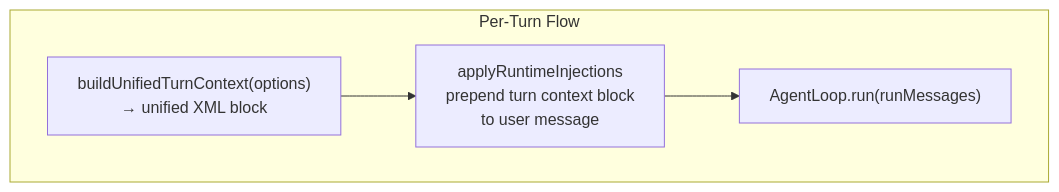
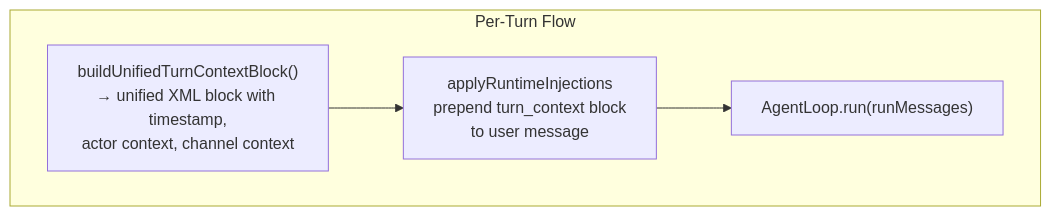
The seventh of 8 diagrams in assistant/docs/architecture/memory.md (vellum-ai/vellum-assistant), drawn with Mermaid before and after one commit. The commit also changed other lines of this file and 1 other file, not shown here.

Commit message:
docs: update architecture docs for unified turn_context and persistent workspace

````diff
--- a/assistant/docs/architecture/memory.md
+++ b/assistant/docs/architecture/memory.md
@@ -575,11 +573,11 @@
 ```mermaid
 graph TB
     subgraph "Per-Turn Flow"
-        BUILD["buildUnifiedTurnContext(options)<br/>→ unified XML block"]
-        INJECT["applyRuntimeInjections<br/>prepend turn context block<br/>to user message"]
+        BUILD["buildUnifiedTurnContextBlock()<br/>→ unified XML block with timestamp,<br/>actor context, channel context"]
+        INJECT["applyRuntimeInjections<br/>prepend turn_context block<br/>to user message"]
         AGENT["AgentLoop.run(runMessages)"]
     end
 
     BUILD --> INJECT
     INJECT --> AGENT
 ```
````
